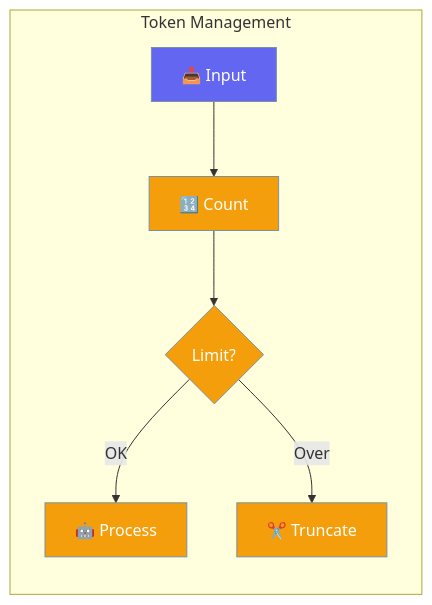
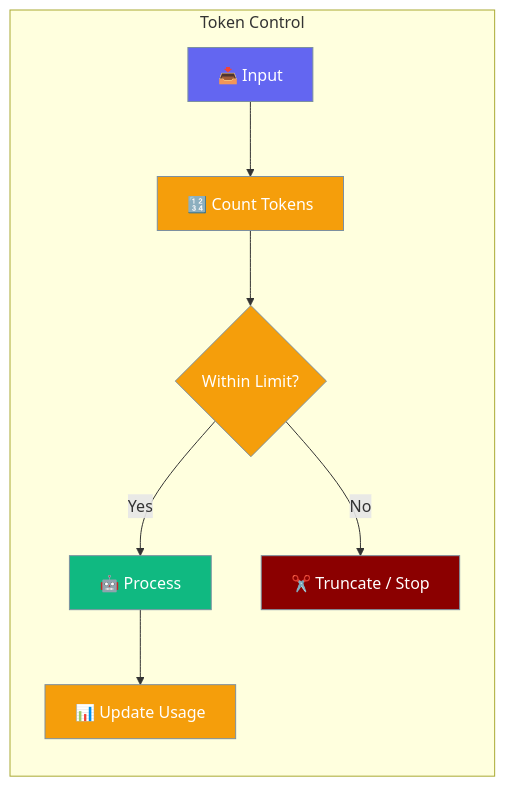
Before and after one commit to MervinPraison/PraisonAIDocs: the first of 2 diagrams in docs/rust/token-management.mdx, drawn with Mermaid. The commit also changed other lines of this file and 5 other files, not shown here.

````diff
--- a/docs/rust/token-management.mdx
+++ b/docs/rust/token-management.mdx
@@ -10,15 +10,20 @@
 ```mermaid
 graph LR
-    subgraph "Token Management"
-        I[📥 Input] --> T[🔢 Count]
-        T --> L{Limit?}
-        L --> |OK| P[🤖 Process]
-        L --> |Over| C[✂️ Truncate]
+    subgraph "Token Control"
+        I[📥 Input] --> T[🔢 Count Tokens]
+        T --> L{Within Limit?}
+        L -->|Yes| P[🤖 Process]
+        L -->|No| C[✂️ Truncate / Stop]
+        P --> U[📊 Update Usage]
     end
-    
+
     classDef input fill:#6366F1,stroke:#7C90A0,color:#fff
     classDef process fill:#F59E0B,stroke:#7C90A0,color:#fff
-    
+    classDef output fill:#10B981,stroke:#7C90A0,color:#fff
+    classDef stop fill:#8B0000,stroke:#7C90A0,color:#fff
+
     class I input
-    class T,L,P,C process
+    class T,L,U process
+    class P output
+    class C stop
 ```
````
